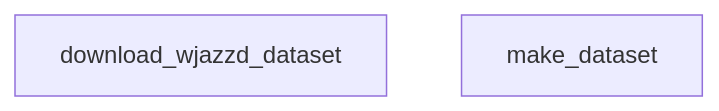
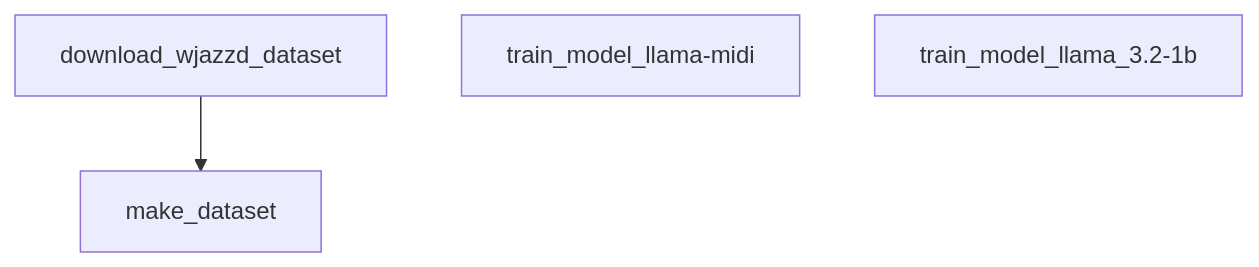
One commit to u-masao/melody-flow changed the first of 2 diagrams in PIPELINE.md. Above: the diagram before and after it, drawn with Mermaid. The commit also changed other lines of this file, not shown here.

````diff
--- a/PIPELINE.md
+++ b/PIPELINE.md
@@ -5,5 +5,8 @@
 ```mermaid
 flowchart TD
 	node1["download_wjazzd_dataset"]
 	node2["make_dataset"]
+	node1-->node2
+	node3["train_model_llama-midi"]
+	node4["train_model_llama_3.2-1b"]
 ```
````
